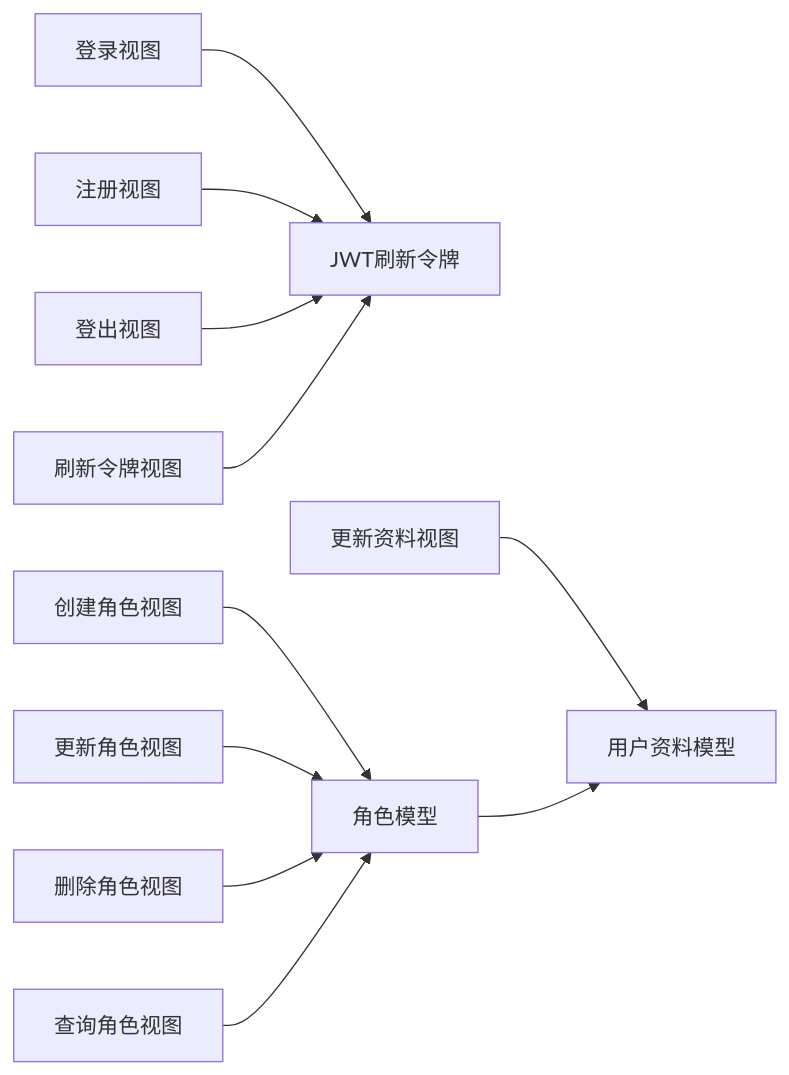
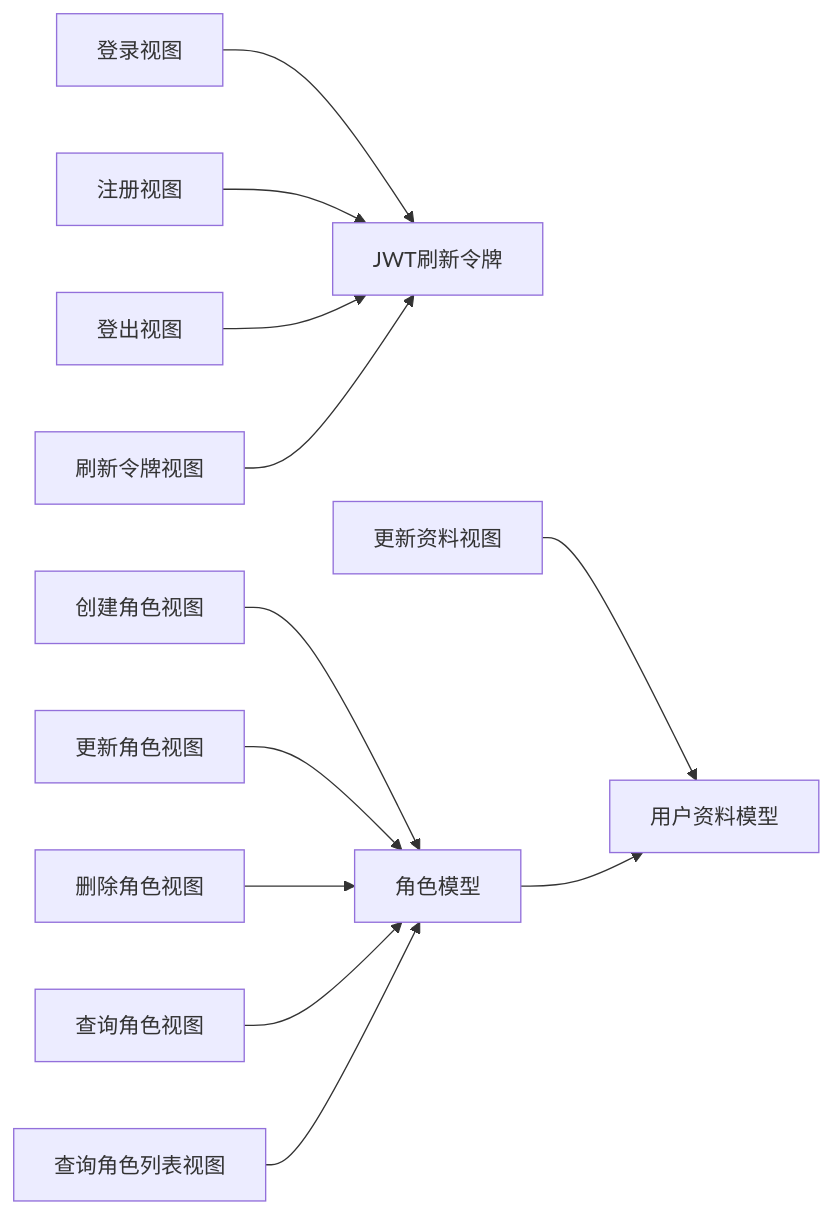
The third of 4 diagrams in .qoder/repowiki/zh/content/API接口文档/API接口文档.md (Blaipchi/LLM_AIfriends), drawn with Mermaid before and after one commit. The commit also changed other lines of this file and 13 other files, not shown here.

````diff
--- a/.qoder/repowiki/zh/content/API接口文档/API接口文档.md
+++ b/.qoder/repowiki/zh/content/API接口文档/API接口文档.md
@@ -434,13 +489,14 @@
 ```mermaid
 graph LR
 Login["登录视图"] --> JWT["JWT刷新令牌"]
 Register["注册视图"] --> JWT
 Logout["登出视图"] --> JWT
 Refresh["刷新令牌视图"] --> JWT
 ProfileUpdate["更新资料视图"] --> UserProfile["用户资料模型"]
 CharCreate["创建角色视图"] --> Character["角色模型"]
 CharUpdate["更新角色视图"] --> Character
 CharRemove["删除角色视图"] --> Character
 CharGet["查询角色视图"] --> Character
+CharList["查询角色列表视图"] --> Character
 Character --> UserProfile
 ```
````
